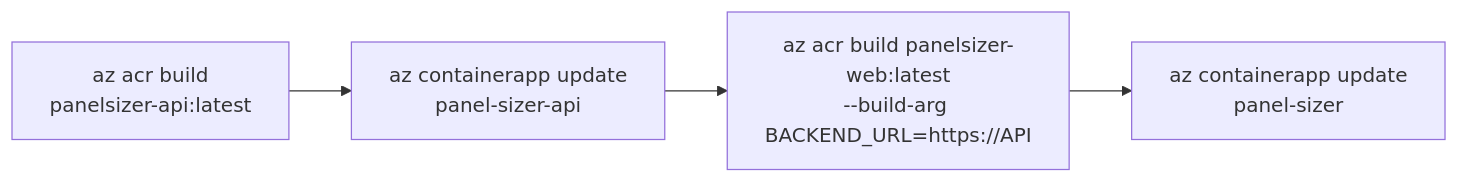
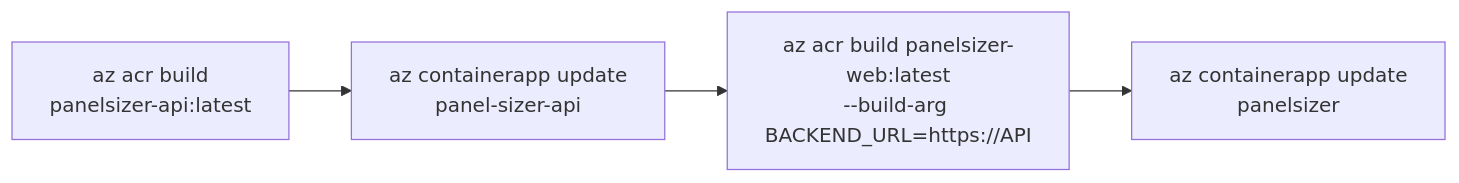
One commit to Larson-Building-Systems-Laboratory/PanelSizer_Web_Tool changed the fourth of 4 diagrams in README.md. Above: the diagram before and after it, drawn with Mermaid. The commit also changed other lines of this file and 6 other files, not shown here.

````diff
--- a/README.md
+++ b/README.md
@@ -122,6 +130,6 @@
 ```mermaid
 flowchart LR
     A1["az acr build<br/>panelsizer-api:latest"] --> A2["az containerapp update<br/>panel-sizer-api"]
-    W1["az acr build panelsizer-web:latest<br/>--build-arg BACKEND_URL=https://API"] --> W2["az containerapp update<br/>panel-sizer"]
+    W1["az acr build panelsizer-web:latest<br/>--build-arg BACKEND_URL=https://API"] --> W2["az containerapp update<br/>panelsizer"]
     A2 --> W1
 ```
````
